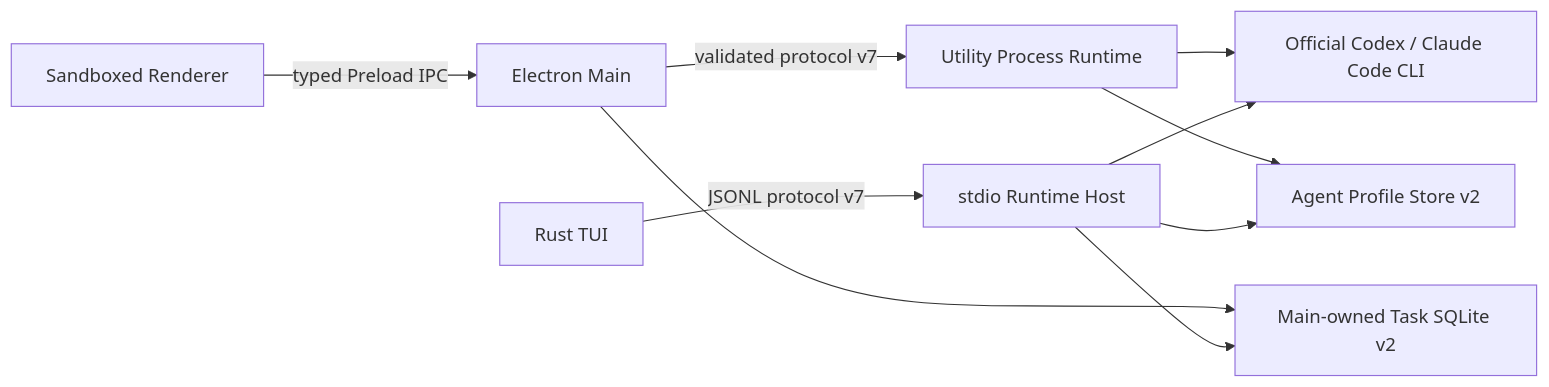
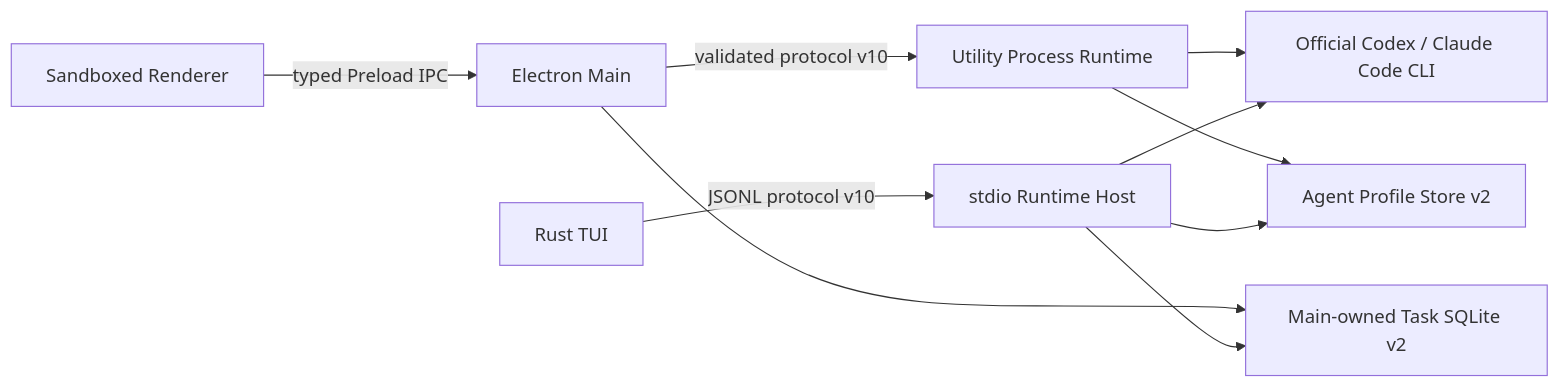
The first of 2 diagrams in docs/desktop-architecture.md (spencer17x/rux), drawn with Mermaid before and after one commit. The commit also changed other lines of this file and 30 other files, not shown here.

````diff
--- a/docs/desktop-architecture.md
+++ b/docs/desktop-architecture.md
@@ -10,12 +10,12 @@
 ```mermaid
 flowchart LR
   UI["Sandboxed Renderer"] -->|"typed Preload IPC"| Main["Electron Main"]
-  Main -->|"validated protocol v7"| Runtime["Utility Process Runtime"]
-  TUI["Rust TUI"] -->|"JSONL protocol v7"| Host["stdio Runtime Host"]
+  Main -->|"validated protocol v10"| Runtime["Utility Process Runtime"]
+  TUI["Rust TUI"] -->|"JSONL protocol v10"| Host["stdio Runtime Host"]
   Runtime --> CLI["Official Codex / Claude Code CLI"]
   Host --> CLI
   Main --> Tasks["Main-owned Task SQLite v2"]
   Runtime --> Profiles["Agent Profile Store v2"]
   Host --> Profiles
   Host --> Tasks
 ```
````
